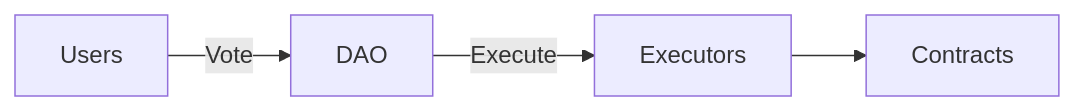
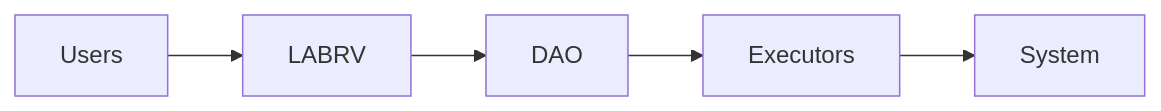
The diagram in README.md (LaborCoinCreator/LaborCoin), drawn with Mermaid before and after one commit. The commit also changed other lines of this file, not shown here.

````diff
--- a/README.md
+++ b/README.md
@@ -4,4 +4,4 @@
 ```mermaid
 flowchart LR
-    Users -->|Vote| DAO -->|Execute| Executors --> Contracts
+    Users --> LABRV --> DAO --> Executors --> System
 ```
````
